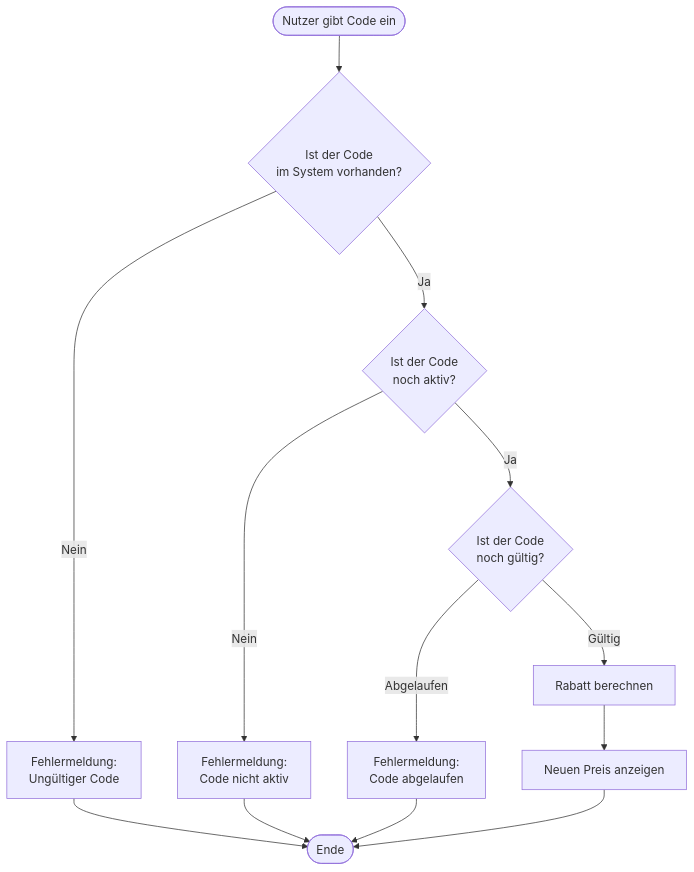
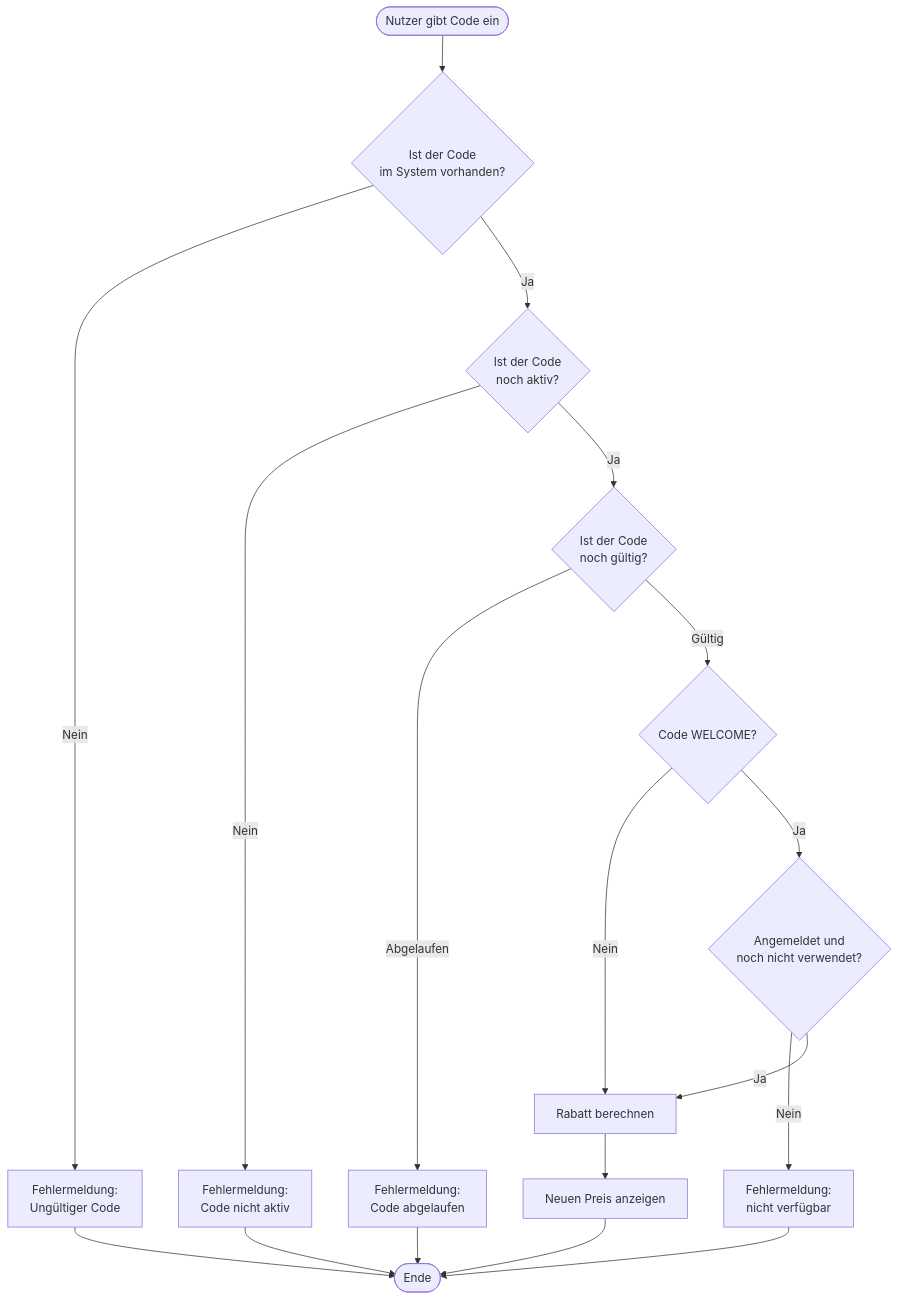
Before and after one commit to Familienmann89/Pizza-Tracker-: the diagram in docs/spec/F3-anwendungsfunktionen.md, drawn with Mermaid. The commit also changed other lines of this file, not shown here.

````diff
--- a/docs/spec/F3-anwendungsfunktionen.md
+++ b/docs/spec/F3-anwendungsfunktionen.md
@@ -11,15 +11,20 @@
 ```mermaid
 flowchart TD
     A([Nutzer gibt Code ein]) --> B{Ist der Code\nim System vorhanden?}
     B -->|Nein| C[Fehlermeldung:\nUngültiger Code]
     B -->|Ja| D{Ist der Code\nnoch aktiv?}
     D -->|Nein| E[Fehlermeldung:\nCode nicht aktiv]
     D -->|Ja| F{Ist der Code\nnoch gültig?}
     F -->|Abgelaufen| G[Fehlermeldung:\nCode abgelaufen]
-    F -->|Gültig| H[Rabatt berechnen]
+    F -->|Gültig| W{Code WELCOME?}
+    W -->|Nein| H[Rabatt berechnen]
+    W -->|Ja| X{Angemeldet und\nnoch nicht verwendet?}
+    X -->|Nein| Y[Fehlermeldung:\nnicht verfügbar]
+    X -->|Ja| H
     H --> I[Neuen Preis anzeigen]
     I --> J([Ende])
     C --> J
     E --> J
     G --> J
+    Y --> J
 ```
````
